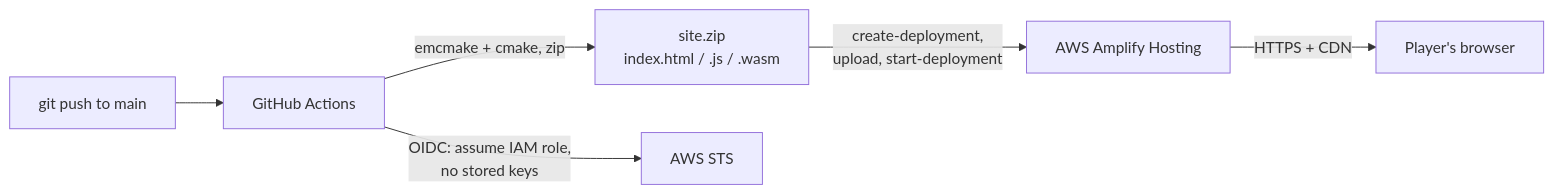
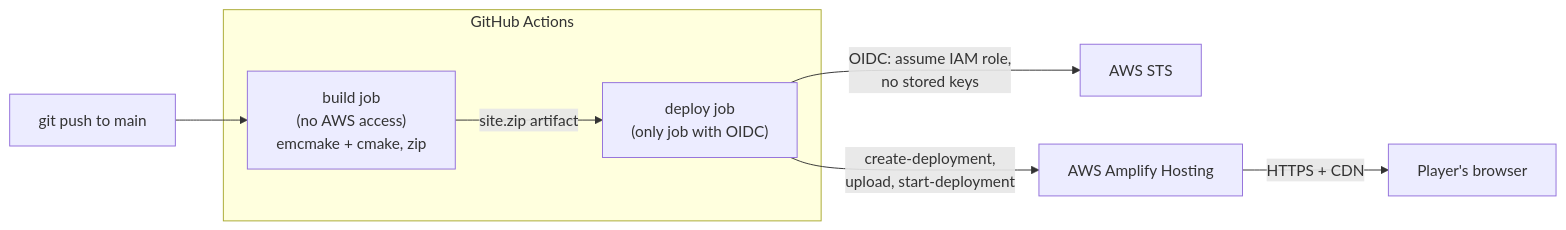
The diagram in README.md (Ayush1860/Breakout), drawn with Mermaid before and after one commit. The commit also changed other lines of this file and 2 other files, not shown here.

First line of the commit message:
ci, docs: guard the build job against OIDC access; document hardening

````diff
--- a/README.md
+++ b/README.md
@@ -132,8 +137,10 @@
 ```mermaid
 flowchart LR
-    Dev[git push to main] --> GH[GitHub Actions]
-    GH -->|emcmake + cmake, zip| Zip[site.zip<br/>index.html / .js / .wasm]
-    GH -->|OIDC: assume IAM role,<br/>no stored keys| STS[AWS STS]
-    Zip -->|create-deployment,<br/>upload, start-deployment| AMP[AWS Amplify Hosting]
+    Dev[git push to main] --> Build
+    subgraph GH[GitHub Actions]
+        Build["build job<br/>(no AWS access)<br/>emcmake + cmake, zip"] -->|site.zip artifact| Deploy["deploy job<br/>(only job with OIDC)"]
+    end
+    Deploy -->|OIDC: assume IAM role,<br/>no stored keys| STS[AWS STS]
+    Deploy -->|create-deployment,<br/>upload, start-deployment| AMP[AWS Amplify Hosting]
     AMP -->|HTTPS + CDN| Player[Player's browser]
 ```
````
